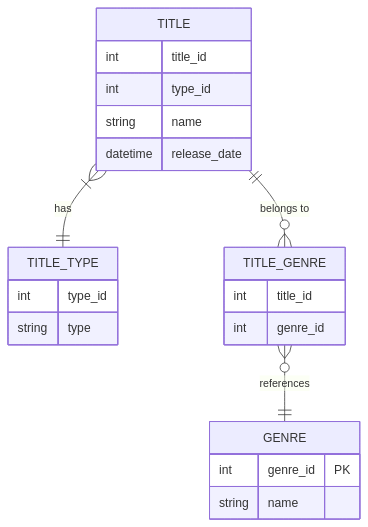
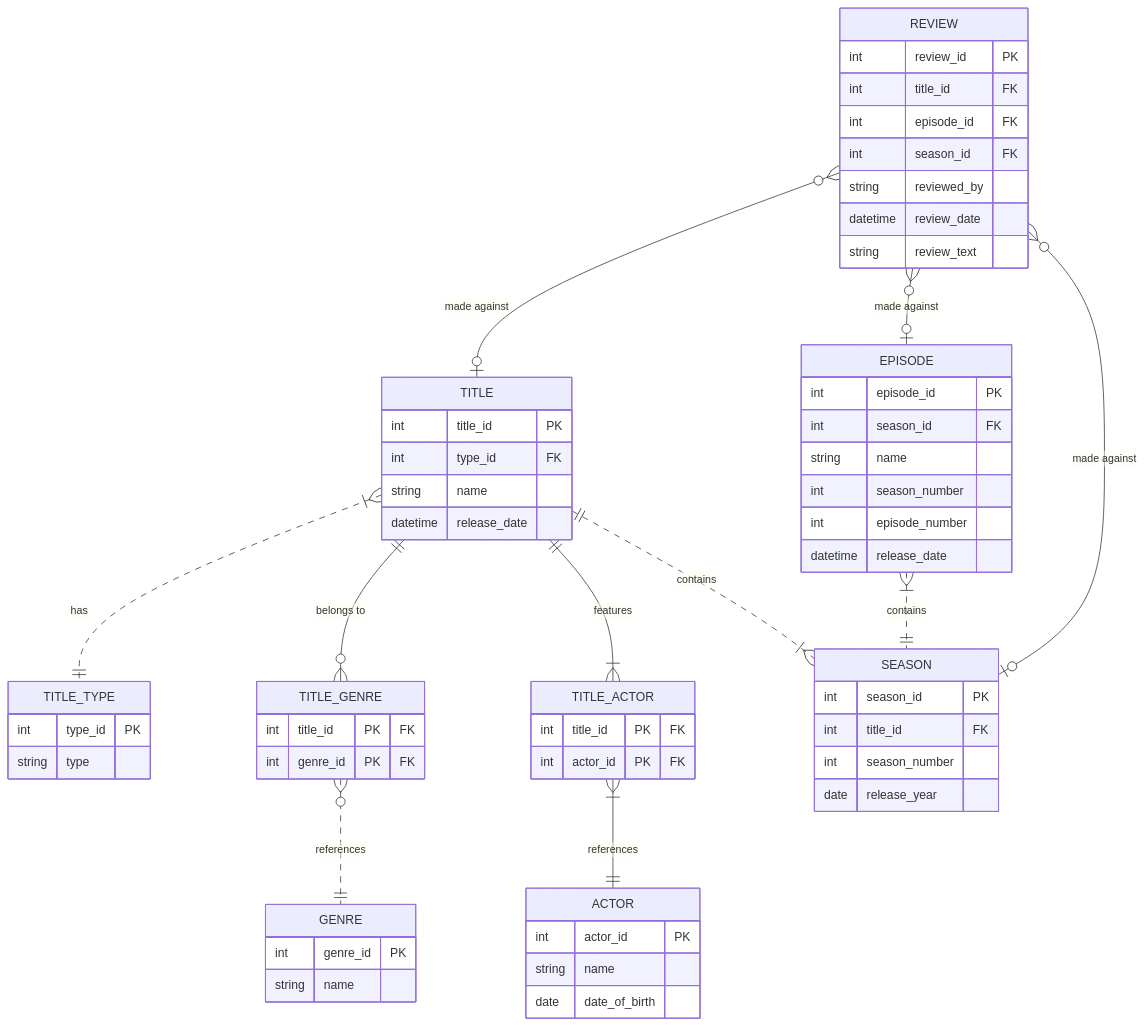
Before and after one commit to rawandrew/diagramming: the eighth of 8 diagrams in mermaid_diagrams.md, drawn with Mermaid. The commit also changed other lines of this file, not shown here.

Commit message:
Finish diagramming a database schema.

````diff
--- a/mermaid_diagrams.md
+++ b/mermaid_diagrams.md
@@ -353,29 +357,76 @@
 ```mermaid
 erDiagram
     TITLE {
-    int title_id
-    int type_id
+    int title_id PK
+    int type_id FK
     string name
     datetime release_date
     }
     
     TITLE_TYPE {
-    int type_id
+    int type_id PK
     string type
+    }
+    
+    ACTOR {
+    int actor_id PK
+    string name
+    date date_of_birth
+    }
+    
+    TITLE_ACTOR {
+    int title_id PK "FK"
+    int actor_id PK "FK"
     }
     
     GENRE {
     int genre_id PK
     string name
     }
     
     TITLE_GENRE {
-    int title_id
-    int genre_id
+    int title_id PK "FK"
+    int genre_id PK "FK"
     }
     
-    TITLE }|--|| TITLE_TYPE: has
+    EPISODE {
+    int episode_id PK
+    int season_id FK
+    string name
+    int season_number
+    int episode_number
+    datetime release_date
+    } 
+    
+    SEASON {
+    int season_id PK
+    int title_id FK
+    int season_number
+    date release_year
+    }
+    
+    REVIEW {
+    int review_id PK
+    int title_id FK
+    int episode_id FK
+    int season_id FK
+    string reviewed_by
+    datetime review_date
+    string review_text
+    }
+    
+    TITLE }|..|| TITLE_TYPE: has
     TITLE ||--o{ TITLE_GENRE: "belongs to"
+    TITLE ||--|{ TITLE_ACTOR: features
+    TITLE ||..|{ SEASON: contains
     
-    TITLE_GENRE }o--|| GENRE: references
+    TITLE_GENRE }o..|| GENRE: references
+    
+    TITLE_ACTOR }|--|| ACTOR: references
+    
+    EPISODE }|..|| SEASON: contains
+    
+    REVIEW }o--o| TITLE: "made against"
+    REVIEW }o--o| EPISODE: "made against"
+    REVIEW }o--o| SEASON: "made against"
 ```
````
